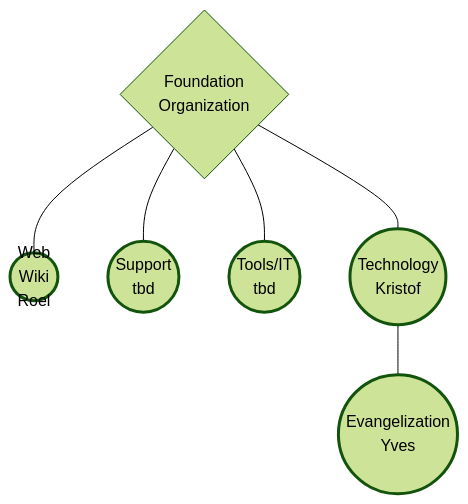
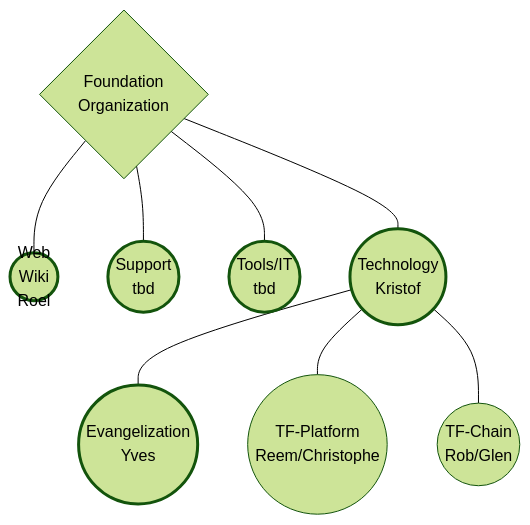
One commit to xmonader/info_foundation changed the second of 2 diagrams in docs/circles/README.md. Above: the diagram before and after it, drawn with Mermaid (forest theme). The commit also changed other lines of this file, not shown here.

````diff
--- a/docs/circles/README.md
+++ b/docs/circles/README.md
@@ -38,18 +38,20 @@
 ```mermaid
 
 graph TB; 
     Foundation{Foundation<br>Organization}
     Foundation --- Web((Web<br>Wiki<br>Roel))
     Foundation --- Support((Support<br>tbd))
     Foundation --- IT((Tools/IT<br>tbd))
     Foundation --- Tech((Technology<br>Kristof))
 
     Tech  --- Evangelization((Evangelization<br>Yves))
+    Tech  --- TFPlatform((TF-Platform<br>Reem/Christophe))
+    Tech  --- TFCHain((TF-Chain<br>Rob/Glen))
 
     classDef circle text-align:center,stroke:#33,stroke-width:3px;  
 
     class Web,Support,IT,Tech,Evangelization circle;
 
     click TFGRID "/circles/foundation/grid/grid.md"
 
 ```
````
